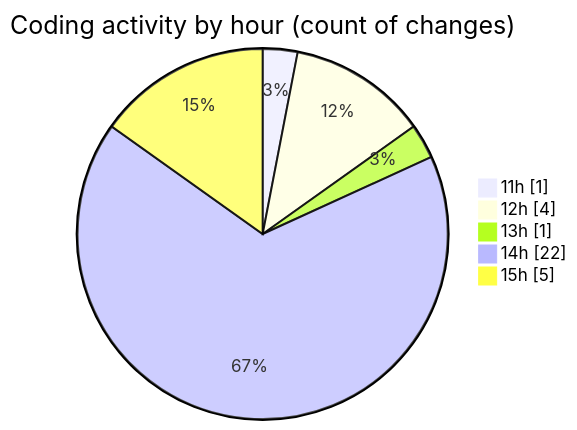
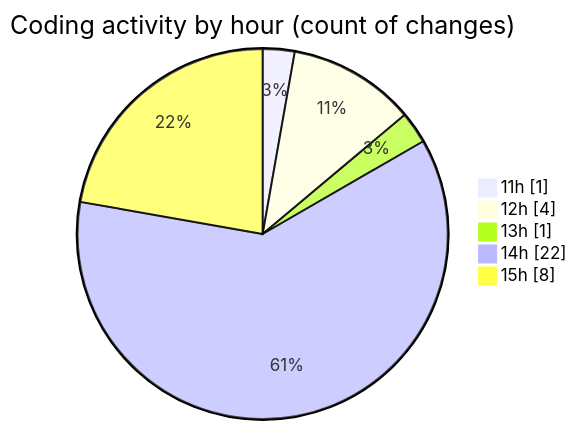
Before and after one commit to nxtqubesakshisongat/code-tracking: the second of 2 diagrams in 2026-07-28/nxtqube_webapp/README.md, drawn with Mermaid. The commit also changed other lines of this file and 1 other file, not shown here.

````diff
--- a/2026-07-28/nxtqube_webapp/README.md
+++ b/2026-07-28/nxtqube_webapp/README.md
@@ -45,9 +46,9 @@
 ```mermaid
 pie showData
 title Coding activity by hour (count of changes)
 "11h" : 1
 "12h" : 4
 "13h" : 1
 "14h" : 22
-"15h" : 5
+"15h" : 8
 ```
````
